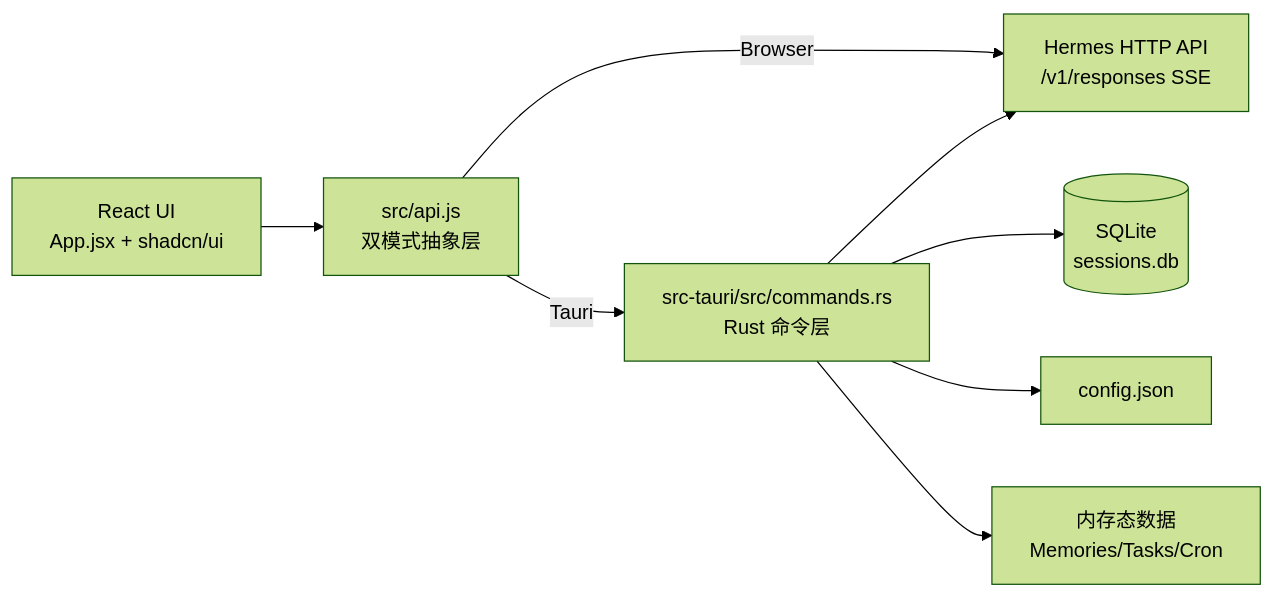
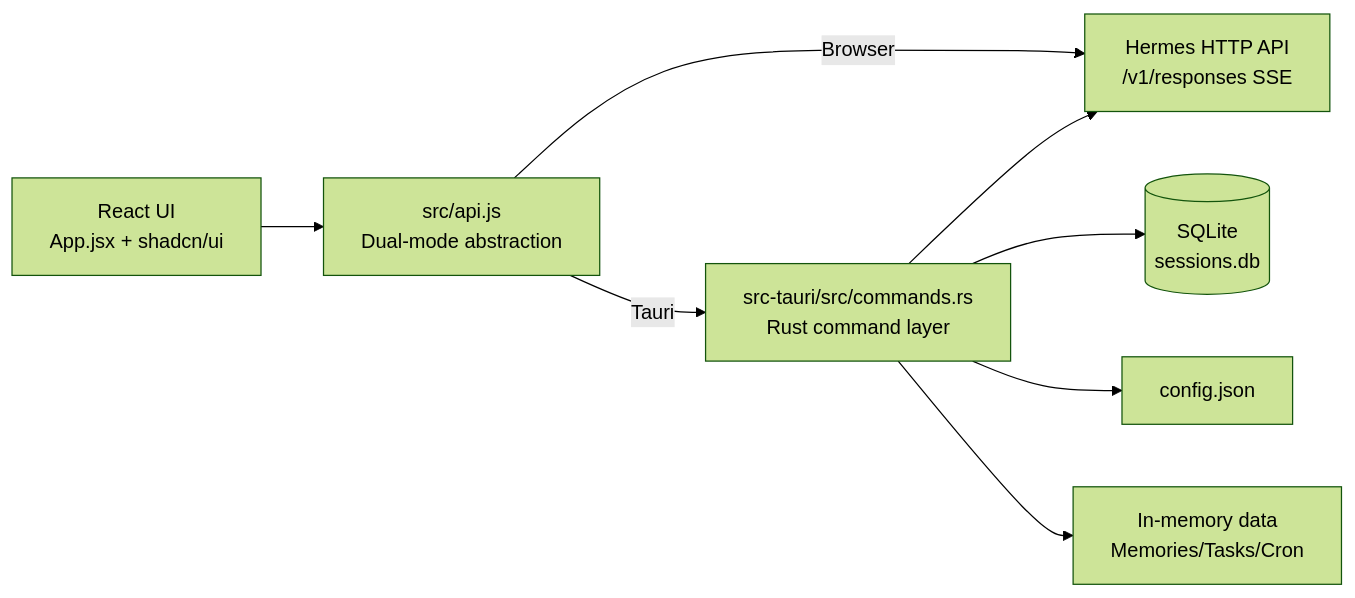
Before and after one commit to dcxcdrqwgs-cmyk/hermes-desktop-lite: the diagram in README.md, drawn with Mermaid (forest theme). The commit also changed other lines of this file and 24 other files, not shown here.

````diff
--- a/README.md
+++ b/README.md
@@ -102,10 +100,10 @@
 ```mermaid
 flowchart LR
-    UI["React UI<br/>App.jsx + shadcn/ui"] --> API["src/api.js<br/>双模式抽象层"]
+    UI["React UI<br/>App.jsx + shadcn/ui"] --> API["src/api.js<br/>Dual-mode abstraction"]
     API -->|Browser| Gateway["Hermes HTTP API<br/>/v1/responses SSE"]
-    API -->|Tauri| Commands["src-tauri/src/commands.rs<br/>Rust 命令层"]
+    API -->|Tauri| Commands["src-tauri/src/commands.rs<br/>Rust command layer"]
     Commands --> DB[(SQLite<br/>sessions.db)]
     Commands --> Config[config.json]
-    Commands --> Runtime[内存态数据<br/>Memories/Tasks/Cron]
+    Commands --> Runtime[In-memory data<br/>Memories/Tasks/Cron]
     Commands --> Gateway
 ```
````
